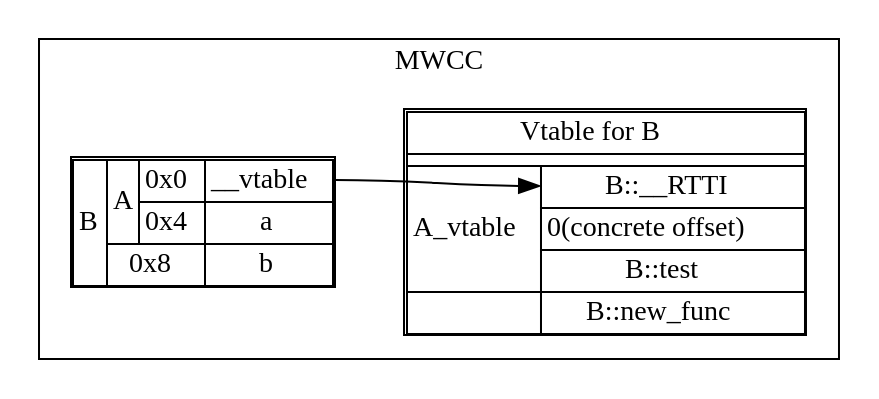
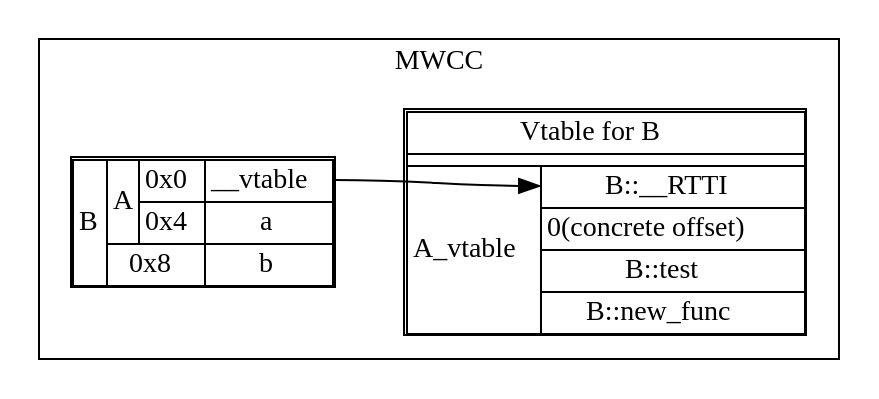
The third of 5 diagrams in docs/vtable_basic.md (SephDB/mwcc-abi), drawn with Graphviz before and after one commit. The commit also changed other lines of this file, not shown here.

````diff
--- a/docs/vtable_basic.md
+++ b/docs/vtable_basic.md
@@ -112,26 +110,26 @@
 ```dot
 
 digraph G {
     rankdir=TB;
     node [shape=none];
     
     subgraph cluster_mwcc {
         label="MWCC";
         {rank=same;
         B [label=<<table cellspacing="0">
             <tr><td rowspan="5">B</td><td rowspan="2">A</td><td>0x0</td><td port="B_vtable">__vtable</td></tr>
             <tr><td>0x4</td><td>a</td></tr>
             <tr><td colspan="2">0x8</td><td>b</td></tr>
         </table>>];
         B_vt [label=<<table cellspacing="0">
             <tr><td colspan="2">Vtable for B</td></tr><tr><td colspan="2"></td></tr>
-            <tr><td rowspan="3">A_vtable</td><td port="B_RTTI">B::__RTTI</td></tr>
+            <tr><td rowspan="4">A_vtable</td><td port="B_RTTI">B::__RTTI</td></tr>
             <tr><td>0(concrete offset)</td></tr>
             <tr><td port="A_test">B::test</td></tr>
-            <tr><td></td><td>B::new_func</td></tr>
+            <tr><td>B::new_func</td></tr>
         </table>>];
         }
         B:B_vtable -> B_vt:B_RTTI:w;
     }
 }
 ```
````
